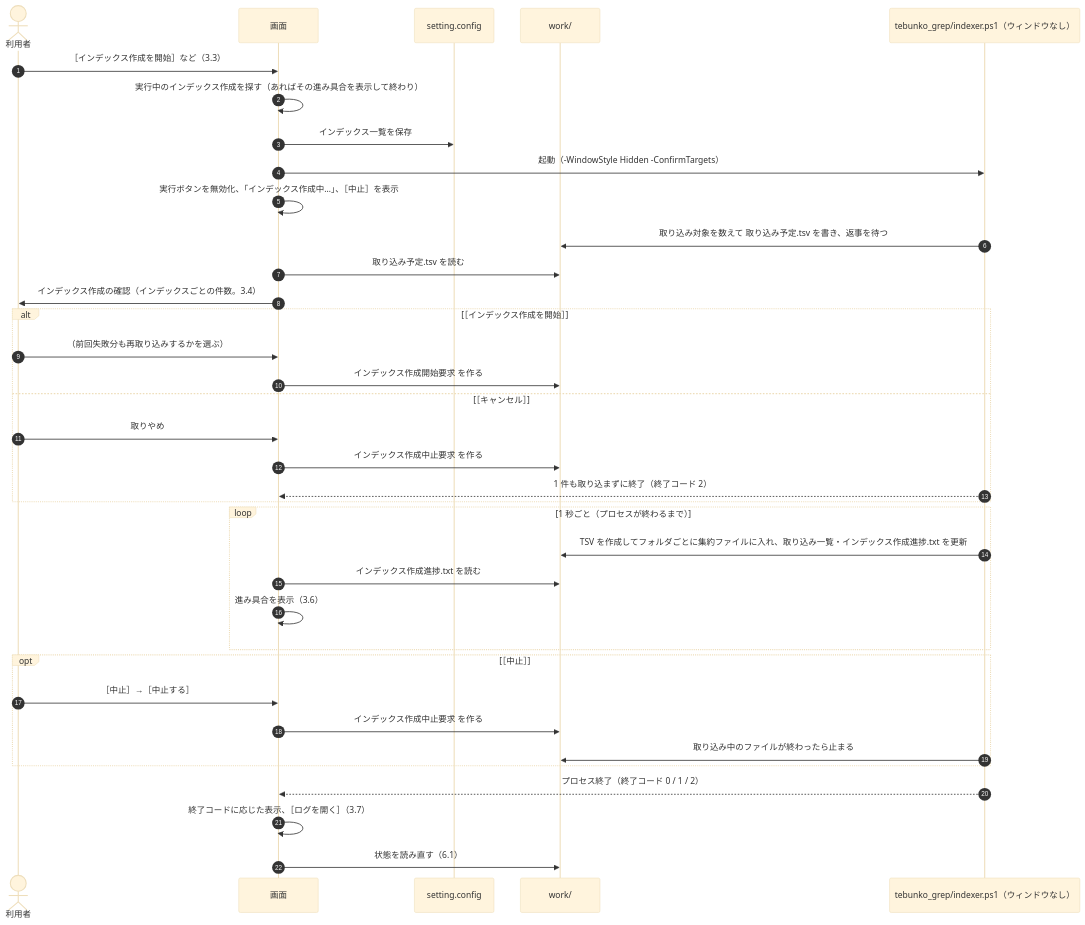
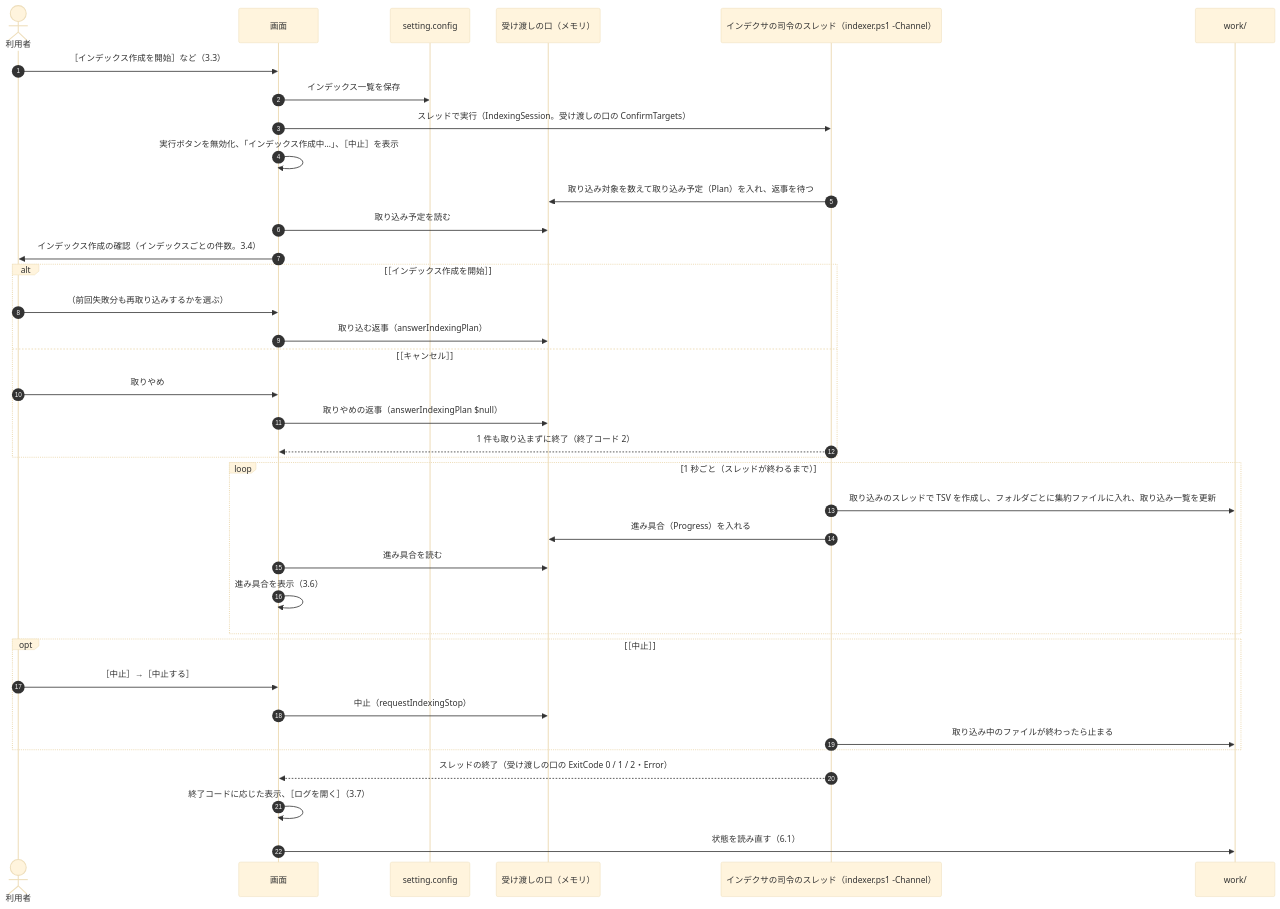
One commit to hsgwa/tebunko changed the third of 5 diagrams in docs/03_画面_4_状態と操作の流れ.md. Above: the diagram before and after it, drawn with Mermaid (base theme). The commit also changed other lines of this file and 24 other files, not shown here.

````diff
--- a/docs/03_画面_4_状態と操作の流れ.md
+++ b/docs/03_画面_4_状態と操作の流れ.md
@@ -82,39 +88,40 @@
 ```mermaid
 sequenceDiagram
     autonumber
     actor U as 利用者
     participant G as 画面
     participant C as setting.config
+    participant K as 受け渡しの口（メモリ）
+    participant P as インデクサの司令のスレッド（indexer.ps1 -Channel）
     participant W as work/
-    participant P as tebunko_grep/indexer.ps1（ウィンドウなし）
 
     U->>G: ［インデックス作成を開始］など（3.3）
-    G->>G: 実行中のインデックス作成を探す（あればその進み具合を表示して終わり）
     G->>C: インデックス一覧を保存
-    G->>P: 起動（-WindowStyle Hidden -ConfirmTargets）
+    G->>P: スレッドで実行（IndexingSession。受け渡しの口の ConfirmTargets）
     G->>G: 実行ボタンを無効化、「インデックス作成中…」、［中止］を表示
-    P->>W: 取り込み対象を数えて 取り込み予定.tsv を書き、返事を待つ
-    G->>W: 取り込み予定.tsv を読む
+    P->>K: 取り込み対象を数えて取り込み予定（Plan）を入れ、返事を待つ
+    G->>K: 取り込み予定を読む
     G->>U: インデックス作成の確認（インデックスごとの件数。3.4）
     alt ［インデックス作成を開始］
         U->>G: （前回失敗分も再取り込みするかを選ぶ）
-        G->>W: インデックス作成開始要求 を作る
+        G->>K: 取り込む返事（answerIndexingPlan）
     else ［キャンセル］
         U->>G: 取りやめ
-        G->>W: インデックス作成中止要求 を作る
+        G->>K: 取りやめの返事（answerIndexingPlan $null）
         P-->>G: 1 件も取り込まずに終了（終了コード 2）
     end
-    loop 1 秒ごと（プロセスが終わるまで）
-        P->>W: TSV を作成してフォルダごとに集約ファイルに入れ、取り込み一覧・インデックス作成進捗.txt を更新
-        G->>W: インデックス作成進捗.txt を読む
+    loop 1 秒ごと（スレッドが終わるまで）
+        P->>W: 取り込みのスレッドで TSV を作成し、フォルダごとに集約ファイルに入れ、取り込み一覧を更新
+        P->>K: 進み具合（Progress）を入れる
+        G->>K: 進み具合を読む
         G->>G: 進み具合を表示（3.6）
     end
     opt ［中止］
         U->>G: ［中止］→［中止する］
-        G->>W: インデックス作成中止要求 を作る
+        G->>K: 中止（requestIndexingStop）
         P->>W: 取り込み中のファイルが終わったら止まる
     end
-    P-->>G: プロセス終了（終了コード 0 / 1 / 2）
+    P-->>G: スレッドの終了（受け渡しの口の ExitCode 0 / 1 / 2・Error）
     G->>G: 終了コードに応じた表示、［ログを開く］（3.7）
     G->>W: 状態を読み直す（6.1）
 ```
````
